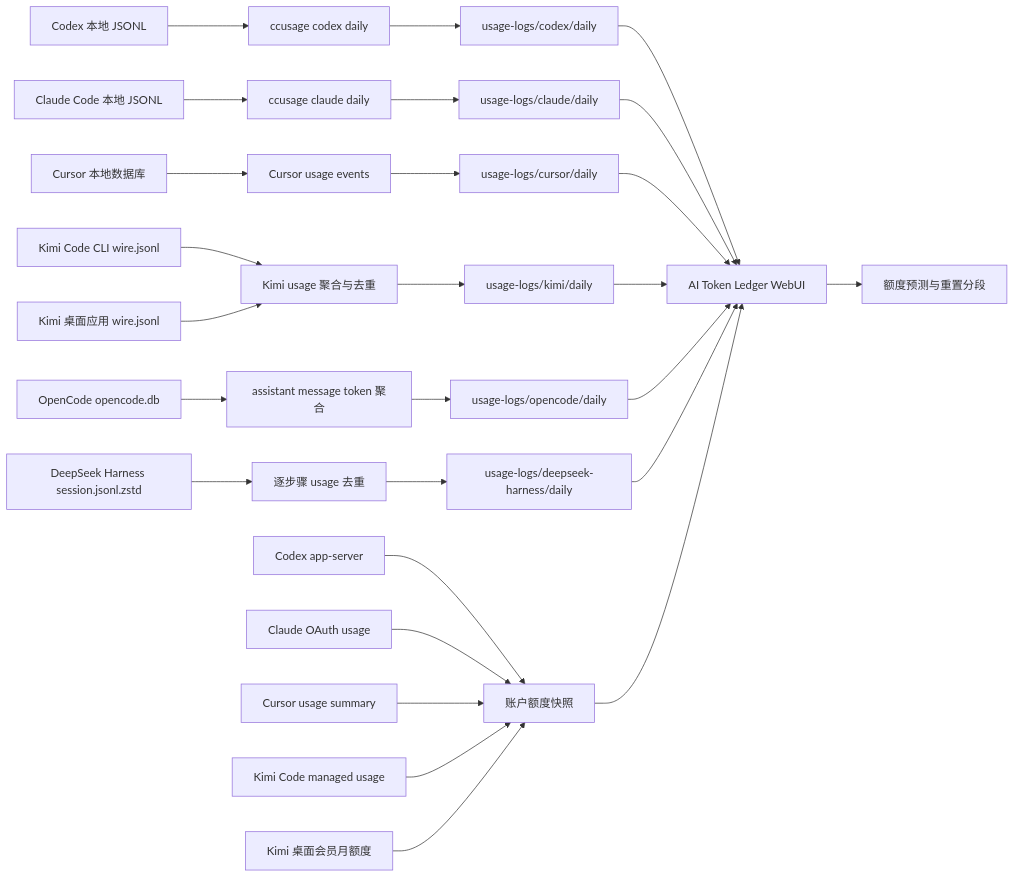
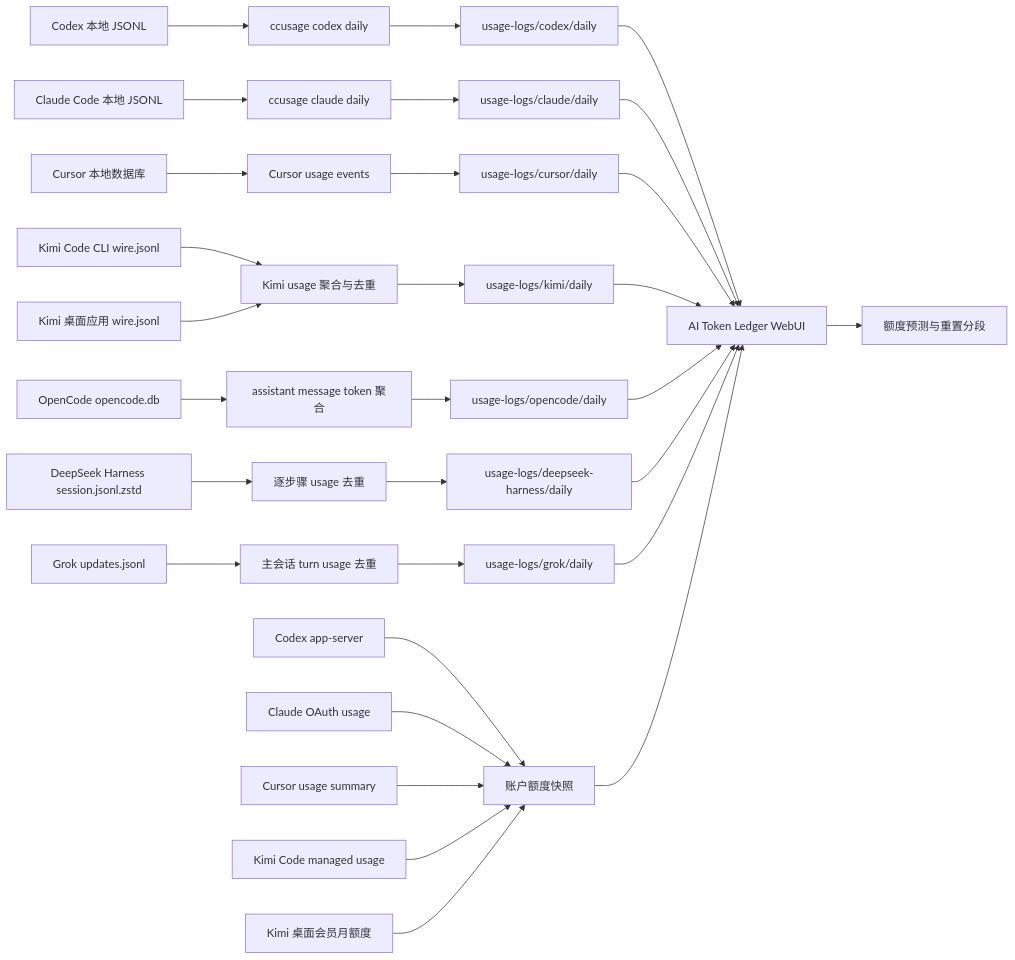
One commit to Flowfangfei/codex_token_visualization changed the diagram in README.md. Above: the diagram before and after it, drawn with Mermaid. The commit also changed other lines of this file and 4 other files, not shown here.

First line of the commit message:
feat: add local Grok usage provider

````diff
--- a/README.md
+++ b/README.md
@@ -167,29 +180,32 @@
 ```mermaid
 flowchart LR
   A[Codex 本地 JSONL] --> B[ccusage codex daily]
   C[Claude Code 本地 JSONL] --> D[ccusage claude daily]
   E[Cursor 本地数据库] --> F[Cursor usage events]
   P[Kimi Code CLI wire.jsonl] --> Q[Kimi usage 聚合与去重]
   T[Kimi 桌面应用 wire.jsonl] --> Q
   V[OpenCode opencode.db] --> W[assistant message token 聚合]
   Y[DeepSeek Harness session.jsonl.zstd] --> Z[逐步骤 usage 去重]
+  AB[Grok updates.jsonl] --> AC[主会话 turn usage 去重]
   B --> G[usage-logs/codex/daily]
   D --> H[usage-logs/claude/daily]
   F --> I[usage-logs/cursor/daily]
   Q --> R[usage-logs/kimi/daily]
   W --> X[usage-logs/opencode/daily]
   Z --> AA[usage-logs/deepseek-harness/daily]
+  AC --> AD[usage-logs/grok/daily]
   G --> J[AI Token Ledger WebUI]
   H --> J
   I --> J
   R --> J
   X --> J
   AA --> J
+  AD --> J
   K[Codex app-server] --> L[账户额度快照]
   M[Claude OAuth usage] --> L
   N[Cursor usage summary] --> L
   S[Kimi Code managed usage] --> L
   U[Kimi 桌面会员月额度] --> L
   L --> J
   J --> O[额度预测与重置分段]
 ```
````
